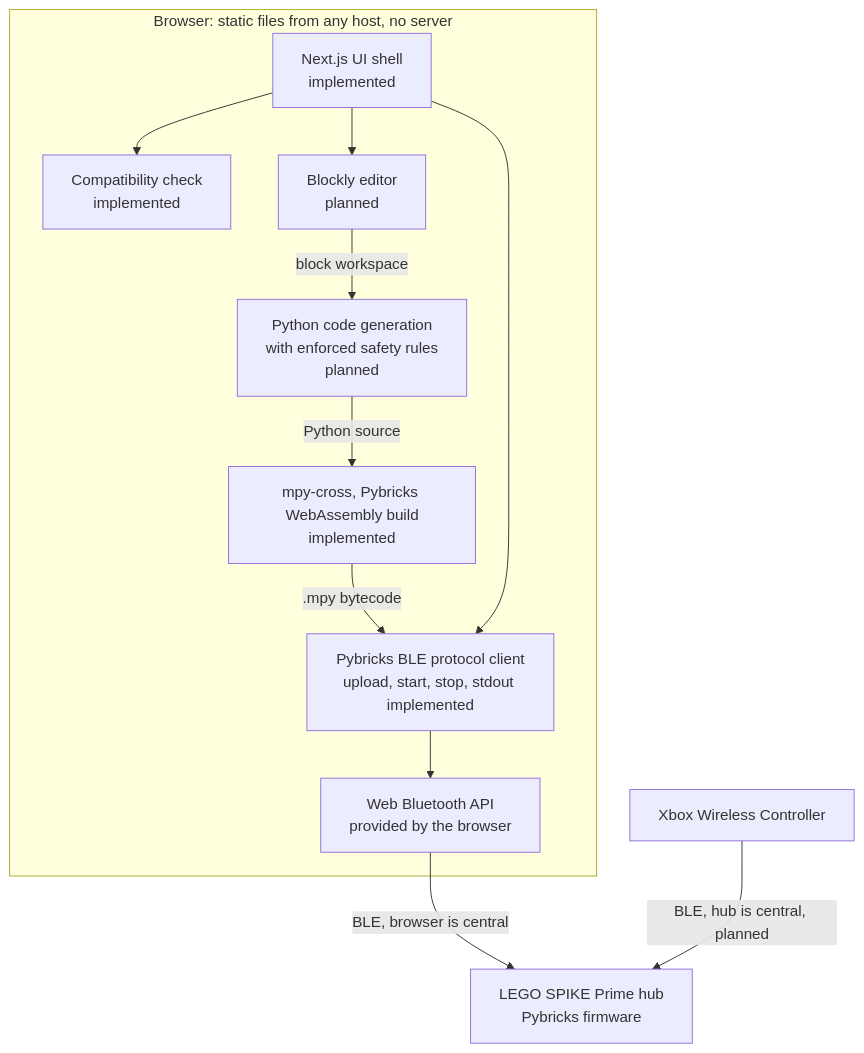
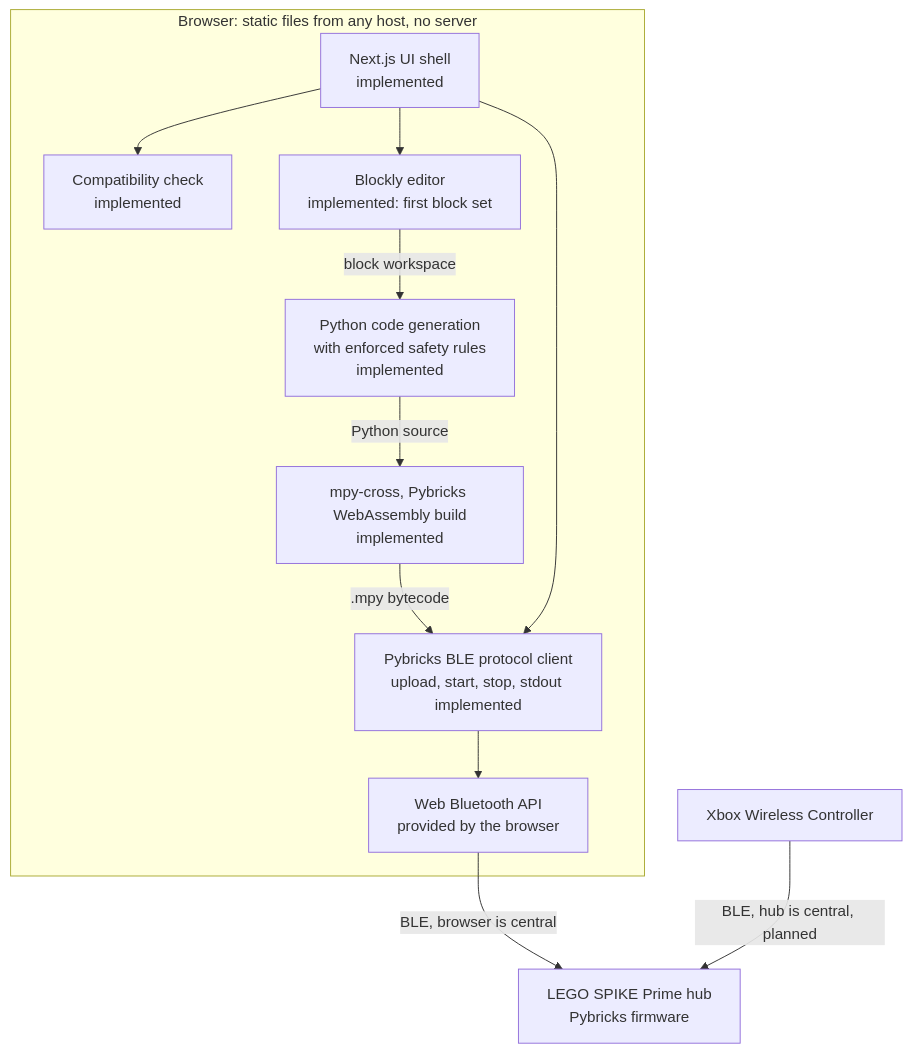
The diagram in docs/architecture.md (lumduan/matpilot), drawn with Mermaid before and after one commit. The commit also changed other lines of this file and 6 other files, not shown here.

First line of the commit message:
docs: ADR 0008 for the block editor; roadmap, checks and notices

````diff
--- a/docs/architecture.md
+++ b/docs/architecture.md
@@ -11,25 +11,25 @@
 ```mermaid
 flowchart TD
     subgraph BROWSER["Browser: static files from any host, no server"]
         UI["Next.js UI shell<br/>implemented"]
         COMPAT["Compatibility check<br/>implemented"]
-        BLOCKLY["Blockly editor<br/>planned"]
-        CODEGEN["Python code generation<br/>with enforced safety rules<br/>planned"]
+        BLOCKLY["Blockly editor<br/>implemented: first block set"]
+        CODEGEN["Python code generation<br/>with enforced safety rules<br/>implemented"]
         MPY["mpy-cross, Pybricks WebAssembly build<br/>implemented"]
         PROTO["Pybricks BLE protocol client<br/>upload, start, stop, stdout implemented"]
         WEBBT["Web Bluetooth API<br/>provided by the browser"]
     end
 
     HUB["LEGO SPIKE Prime hub<br/>Pybricks firmware"]
     PAD["Xbox Wireless Controller"]
 
     UI --> COMPAT
     UI --> BLOCKLY
     BLOCKLY -->|"block workspace"| CODEGEN
     CODEGEN -->|"Python source"| MPY
     MPY -->|".mpy bytecode"| PROTO
     UI --> PROTO
     PROTO --> WEBBT
     WEBBT -->|"BLE, browser is central"| HUB
     PAD -->|"BLE, hub is central, planned"| HUB
 ```
````
